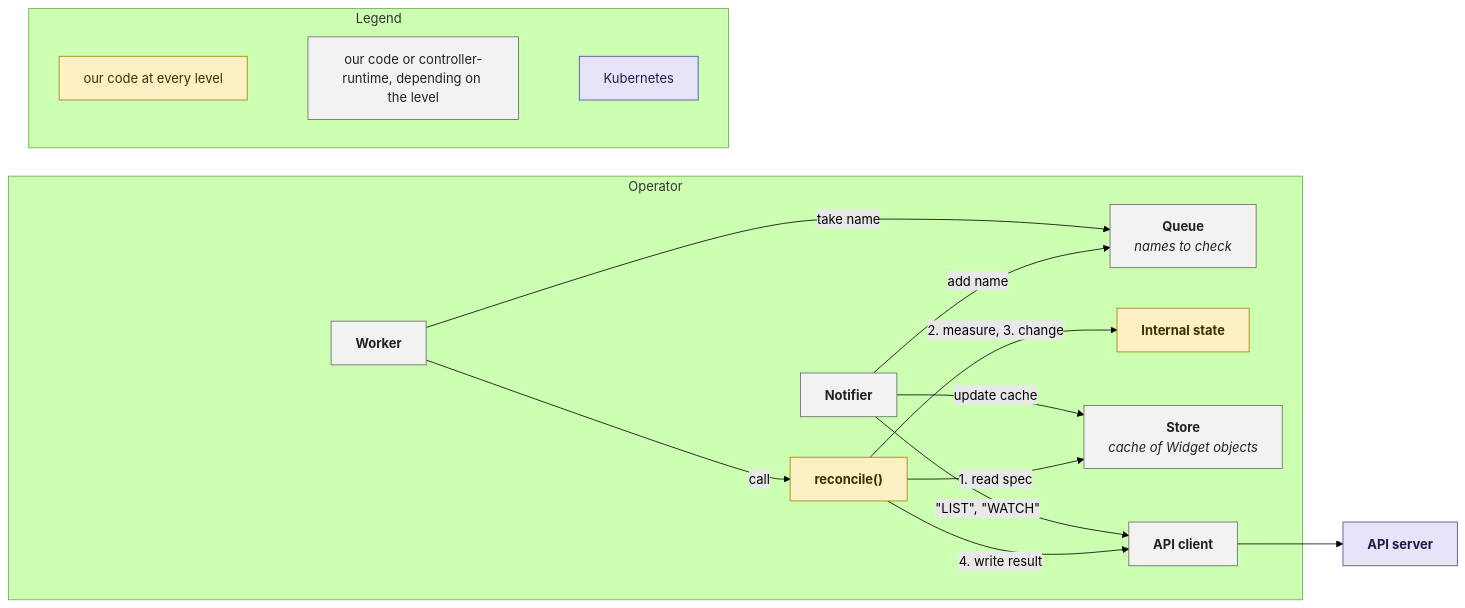
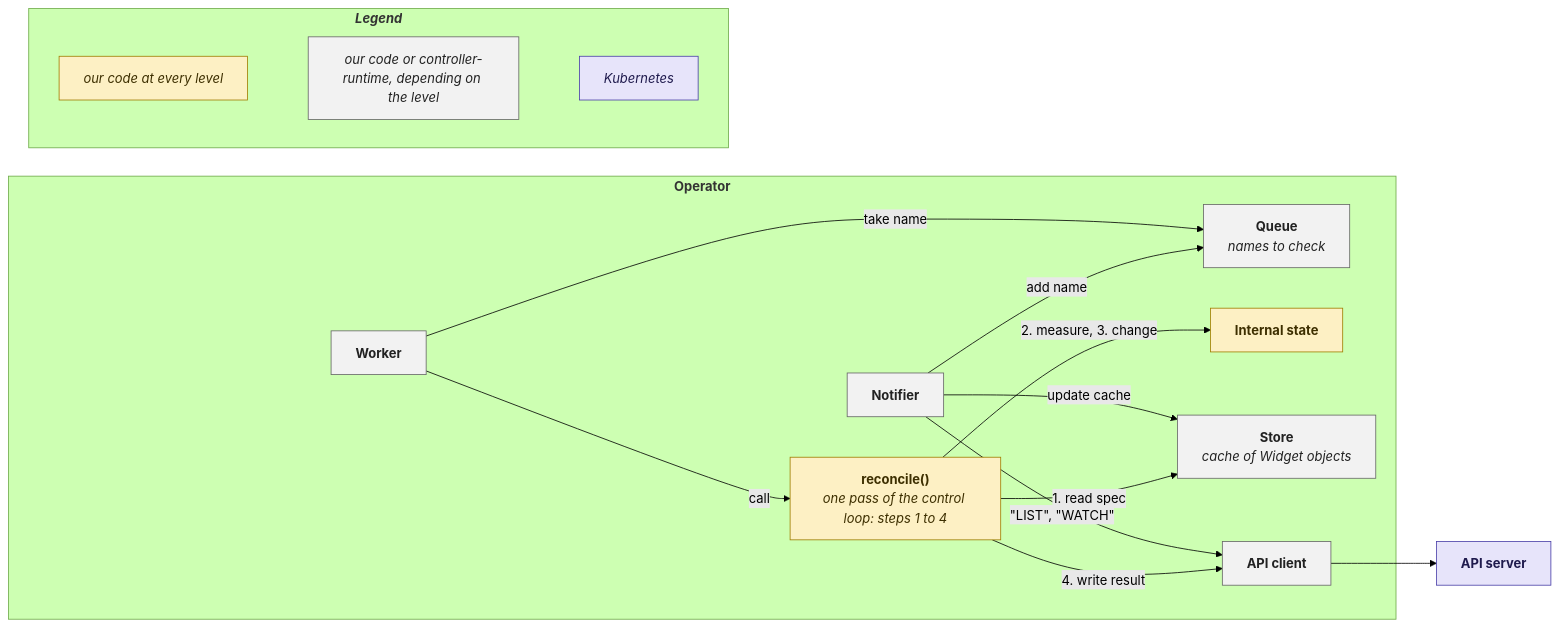
The diagram in levels/readme.md (dec1/kubernetes-operators), drawn with Mermaid (forest theme) before and after one commit. The commit also changed other lines of this file and 3 other files, not shown here.

Commit message:
tie reconcile() to the loop in the diagram; drop the deviations caveat

````diff
--- a/levels/readme.md
+++ b/levels/readme.md
@@ -15,37 +15,38 @@
 ```mermaid
 flowchart LR
-    subgraph operator["Operator"]
+    subgraph operator["`**Operator**`"]
         notifier["`**Notifier**`"]
         queue["`**Queue**
         _names to check_`"]
         worker["`**Worker**`"]
-        reconcile["`**reconcile()**`"]
+        reconcile["`**reconcile()**
+        _one pass of the control loop: steps 1 to 4_`"]
         internal["`**Internal state**`"]
         store["`**Store**
         _cache of Widget objects_`"]
         client["`**API client**`"]
     end
     api["`**API server**`"]
-    subgraph legend["Legend"]
+    subgraph legend["`**_Legend_**`"]
         direction LR
-        legend_ours["our code at every level"]
-        legend_other["our code or controller-runtime, depending on the level"]
-        legend_kubernetes["Kubernetes"]
+        legend_ours["`_our code at every level_`"]
+        legend_other["`_our code or controller-runtime, depending on the level_`"]
+        legend_kubernetes["`_Kubernetes_`"]
         legend_ours ~~~ legend_other ~~~ legend_kubernetes
     end
     notifier -->|"add name"| queue
     worker -->|"take name"| queue
     worker -->|"call"| reconcile
     reconcile -->|"2. measure, 3. change"| internal
     reconcile -->|"1. read spec"| store
     reconcile -->|"4. write result"| client
     notifier -->|"update cache"| store
     notifier -->|"#quot;LIST#quot;, #quot;WATCH#quot;"| client
     client --> api
     classDef ours fill:#fdf0c4,stroke:#a07d00,color:#3d2f00
     classDef other fill:#f2f2f2,stroke:#666666,color:#222222
     classDef kubernetes fill:#e7e4fa,stroke:#4a3fa8,color:#1f1a4d
     class reconcile,internal,legend_ours ours
     class notifier,queue,worker,store,client,legend_other other
     class api,legend_kubernetes kubernetes
 ```
````
